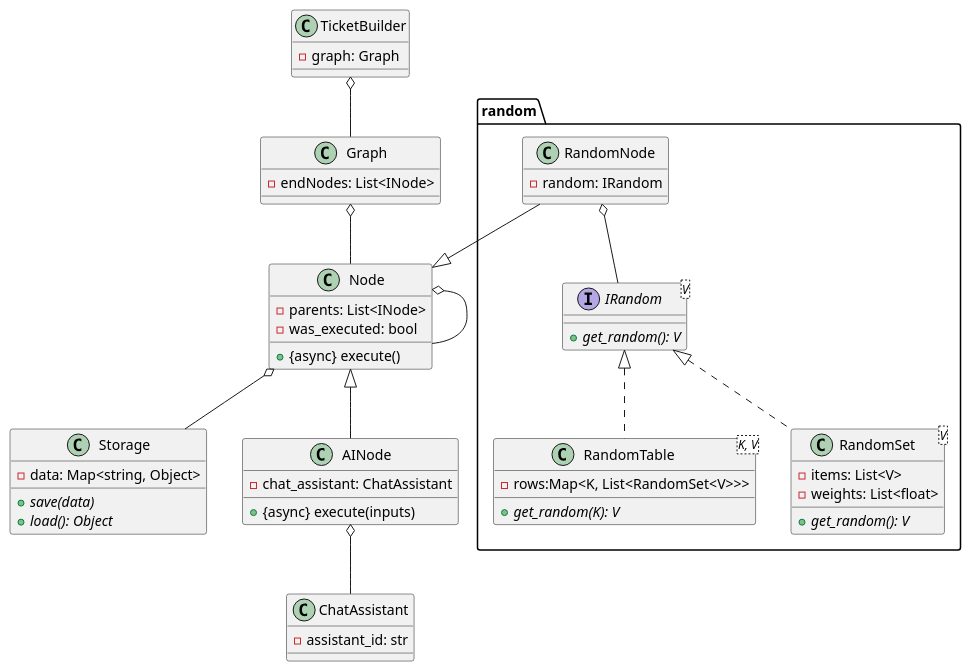
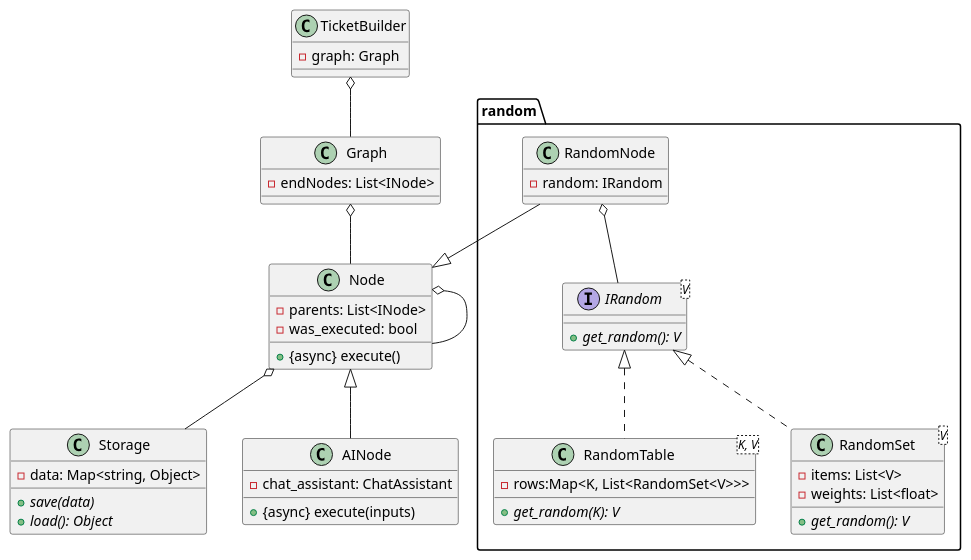
The diagram in docs/dataset_generator_class_diagram.puml (Softoft/dataset-generator), drawn with PlantUML before and after one commit. The commit also changed 25 other files, not shown here.

```diff
--- a/docs/dataset_generator_class_diagram.puml
+++ b/docs/dataset_generator_class_diagram.puml
@@ -1,70 +1,66 @@
 @startuml
 
 class Storage{
     - data: Map<string, Object>
     + {abstract} save(data)
     + {abstract} load(): Object
 }
 
 
 class Node{
     - parents: List<INode>
     - was_executed: bool
     + {async} execute()
 }
 
 
 class TicketBuilder{
  - graph: Graph
 }
 
 
 class Graph{
     - endNodes: List<INode>
 }
 
 class AINode extends Node{
     - chat_assistant: ChatAssistant
     + {async} execute(inputs)
 }
 
-class ChatAssistant{
-    - assistant_id: str
-}
 
 package random{
 
 class RandomNode{
   - random: IRandom
 }
 interface IRandom<V>{
     + {abstract} get_random(): V
 }
 
 class RandomTable<K, V> implements IRandom{
     - rows:Map<K, List<RandomSet<V>>>
     + {abstract} get_random(K): V
 }
 
 
 class RandomSet<V> implements IRandom{
     - items: List<V>
     - weights: List<float>
     + {abstract} get_random(): V
 }
 
 }
 
 Graph o-- Node
-AINode o-- ChatAssistant
 
 
 Node o-- Storage
 Node o-- Node
 
 RandomNode o-- IRandom
 RandomNode --|> Node
 
 TicketBuilder o-- Graph
 
 @enduml
```
